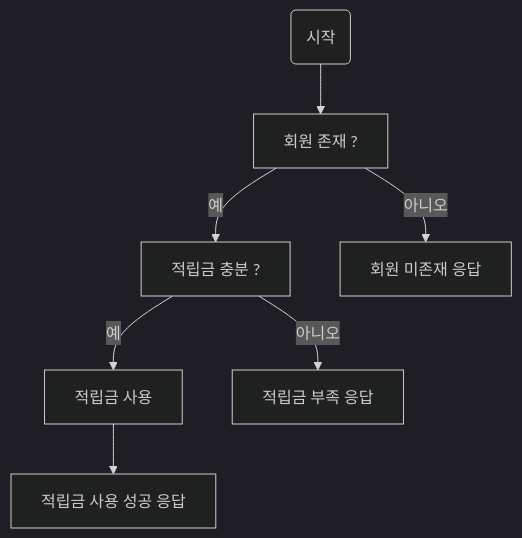
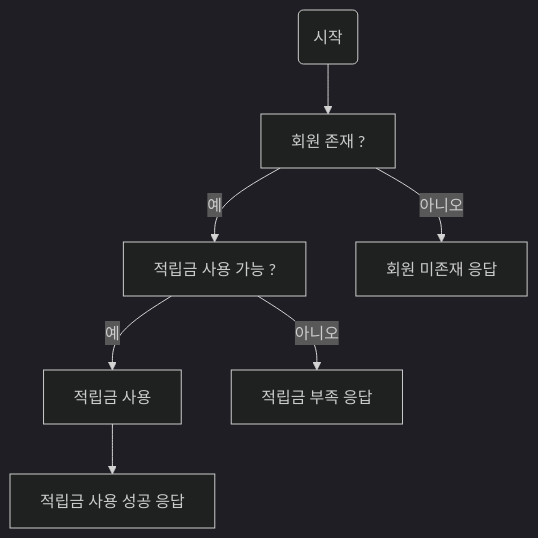
Before and after one commit to MJbae/reserve-management-system: the fourth of 5 diagrams in README.md, drawn with Mermaid (dark theme). The commit also changed other lines of this file, not shown here.

````diff
--- a/README.md
+++ b/README.md
@@ -69,9 +72,9 @@
     ```mermaid
     graph TB
     시작(시작) --> 회원존재여부[회원 존재 ?]
-    회원존재여부 -->|예| 적립금충분확인[적립금 충분 ?]
+    회원존재여부 -->|예| 적립금충분확인[적립금 사용 가능 ?]
     회원존재여부 -->|아니오| 회원미존재예외[회원 미존재 응답]
     적립금충분확인 -->|예| 적립금사용[적립금 사용]
     적립금충분확인 -->|아니오| 적립금부족[적립금 부족 응답]
     적립금사용 --> 적립금차감응답[적립금 사용 성공 응답]
     ```
````
